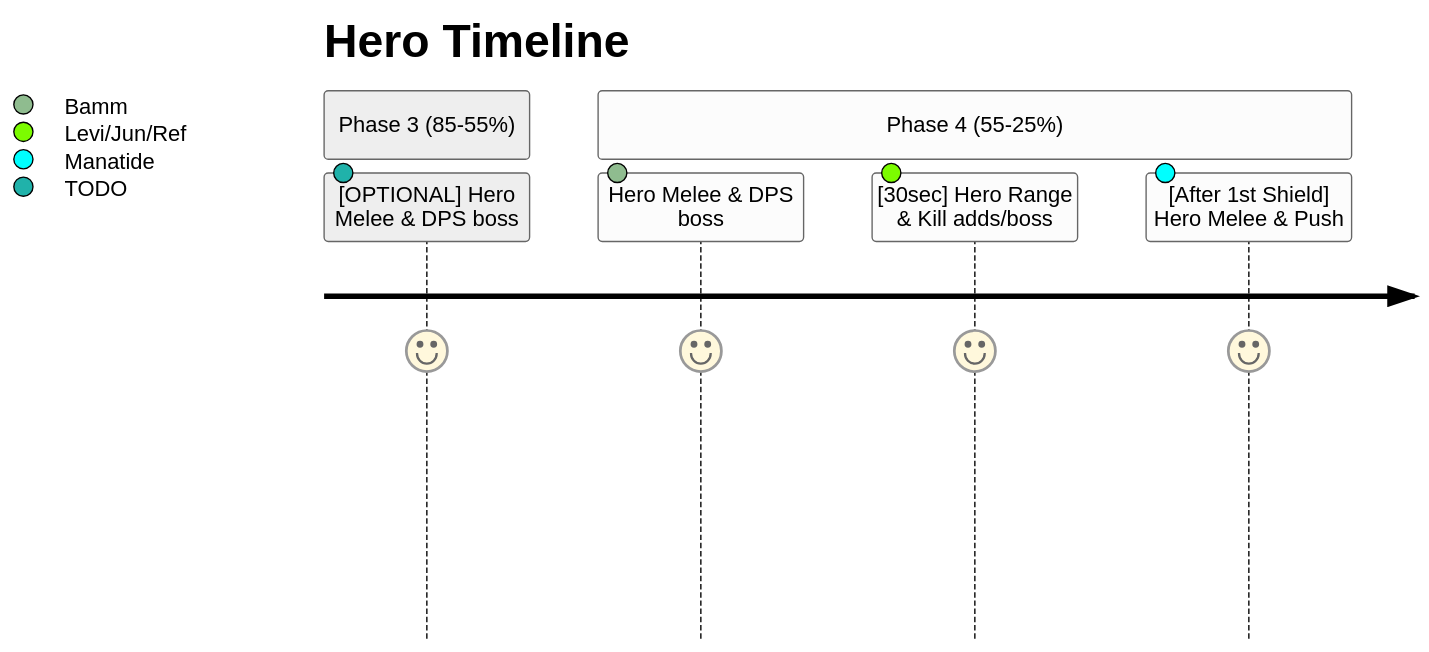
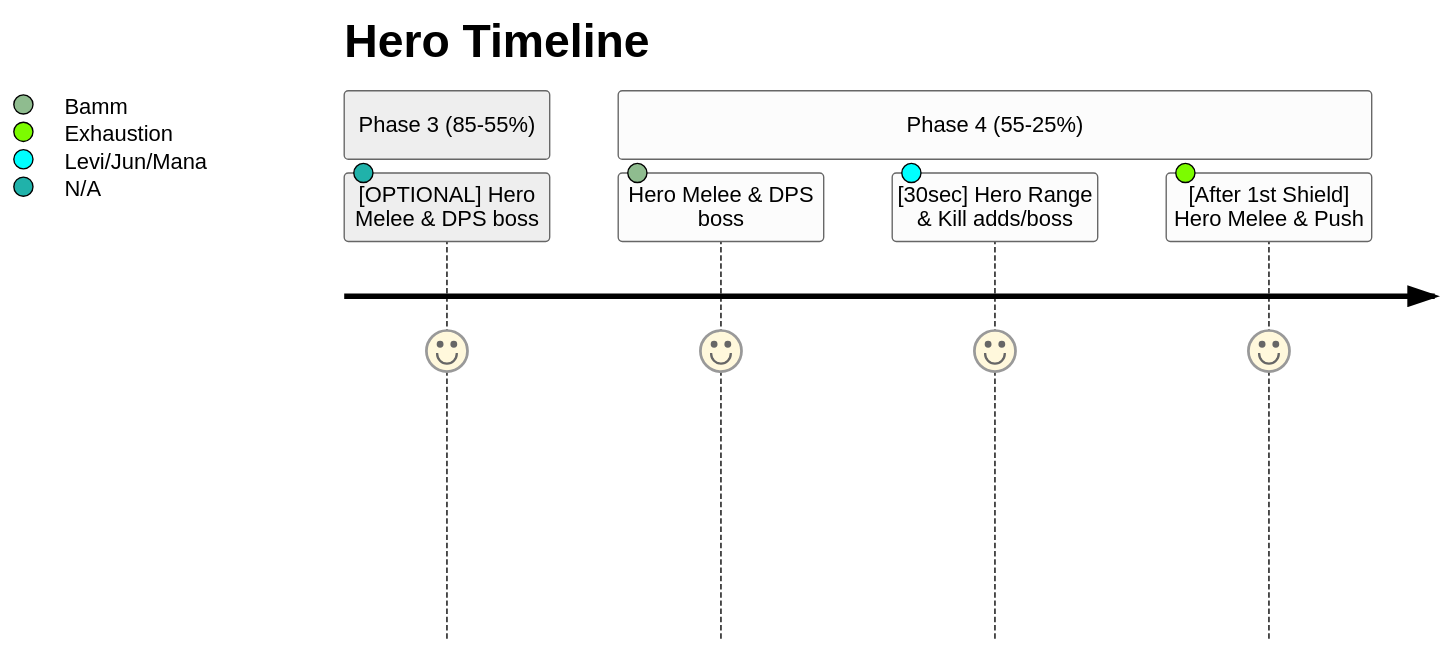
One commit to leemWF/READMEVault changed the sixth of 6 diagrams in wepulled/swp/README.md. Above: the diagram before and after it, drawn with Mermaid (neutral theme). The commit also changed other lines of this file, not shown here.

````diff
--- a/wepulled/swp/README.md
+++ b/wepulled/swp/README.md
@@ -166,10 +166,10 @@
 ```mermaid
 journey
     title Hero Timeline
     section Phase 3 (85-55%)
-      [OPTIONAL] Hero Melee & DPS boss: 7: TODO
+      [OPTIONAL] Hero Melee & DPS boss: 7: N/A
     section Phase 4 (55-25%)
       Hero Melee & DPS boss: 7: Bamm
-      [30sec] Hero Range & Kill adds/boss: 7: Levi/Jun/Ref
-      [After 1st Shield] Hero Melee & Push: 7: Manatide
+      [30sec] Hero Range & Kill adds/boss: 7: Levi/Jun/Mana
+      [After 1st Shield] Hero Melee & Push: 7: Exhaustion
 ```
````
